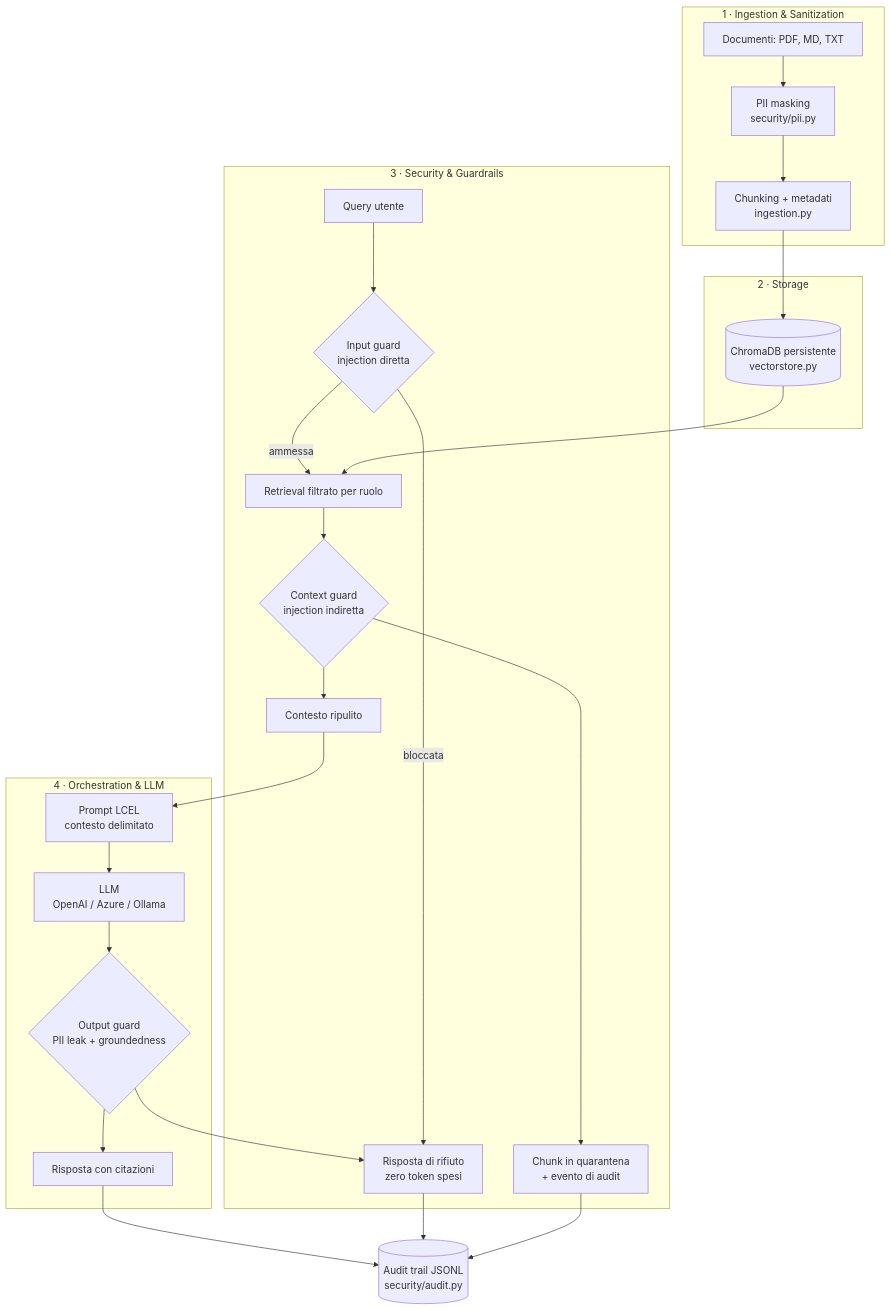
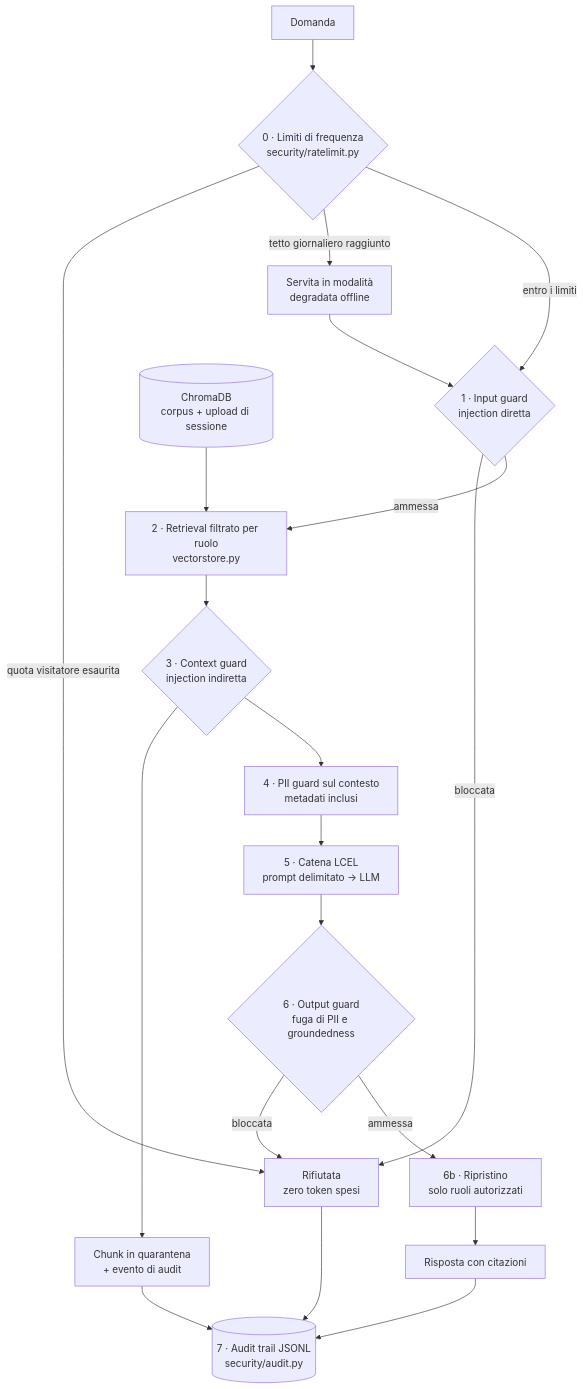
One commit to filipposemilia/secure-insurance-rag-ai changed the second of 2 diagrams in docs/ARCHITECTURE.md. Above: the diagram before and after it, drawn with Mermaid. The commit also changed other lines of this file and 1 other file, not shown here.

````diff
--- a/docs/ARCHITECTURE.md
+++ b/docs/ARCHITECTURE.md
@@ -5,33 +53,26 @@
 ```mermaid
 flowchart TB
-    subgraph L1["1 · Ingestion & Sanitization"]
-        A[Documenti: PDF, MD, TXT] --> B[PII masking<br/>security/pii.py]
-        B --> C[Chunking + metadati<br/>ingestion.py]
-    end
+    Q[Domanda] --> RL{0 · Limiti di frequenza<br/>security/ratelimit.py}
+    RL -->|quota visitatore esaurita| STOP[Rifiutata<br/>zero token spesi]
+    RL -->|tetto giornaliero raggiunto| DEG[Servita in modalità<br/>degradata offline]
+    RL -->|entro i limiti| IG
+    DEG --> IG
 
-    subgraph L2["2 · Storage"]
-        C --> D[(ChromaDB persistente<br/>vectorstore.py)]
-    end
+    IG{1 · Input guard<br/>injection diretta} -->|bloccata| STOP
+    IG -->|ammessa| RET[2 · Retrieval filtrato per ruolo<br/>vectorstore.py]
 
-    subgraph L3["3 · Security & Guardrails"]
-        E[Query utente] --> F{Input guard<br/>injection diretta}
-        F -->|bloccata| Z[Risposta di rifiuto<br/>zero token spesi]
-        F -->|ammessa| G[Retrieval filtrato per ruolo]
-        D --> G
-        G --> H{Context guard<br/>injection indiretta}
-        H --> I[Chunk in quarantena<br/>+ evento di audit]
-        H --> J[Contesto ripulito]
-    end
+    DB[(ChromaDB<br/>corpus + upload di sessione)] --> RET
+    RET --> CG{3 · Context guard<br/>injection indiretta}
+    CG --> QUAR[Chunk in quarantena<br/>+ evento di audit]
+    CG --> PII[4 · PII guard sul contesto<br/>metadati inclusi]
 
-    subgraph L4["4 · Orchestration & LLM"]
-        J --> K[Prompt LCEL<br/>contesto delimitato]
-        K --> L[LLM<br/>OpenAI / Azure / Ollama]
-        L --> M{Output guard<br/>PII leak + groundedness}
-        M --> N[Risposta con citazioni]
-        M --> Z
-    end
+    PII --> CH[5 · Catena LCEL<br/>prompt delimitato → LLM]
+    CH --> OG{"6 · Output guard<br/>fuga di PII e groundedness"}
+    OG -->|bloccata| STOP
+    OG -->|ammessa| UNM[6b · Ripristino<br/>solo ruoli autorizzati]
+    UNM --> ANS[Risposta con citazioni]
 
-    N --> O[(Audit trail JSONL<br/>security/audit.py)]
-    Z --> O
-    I --> O
+    ANS --> AUD[(7 · Audit trail JSONL<br/>security/audit.py)]
+    STOP --> AUD
+    QUAR --> AUD
 ```
````
